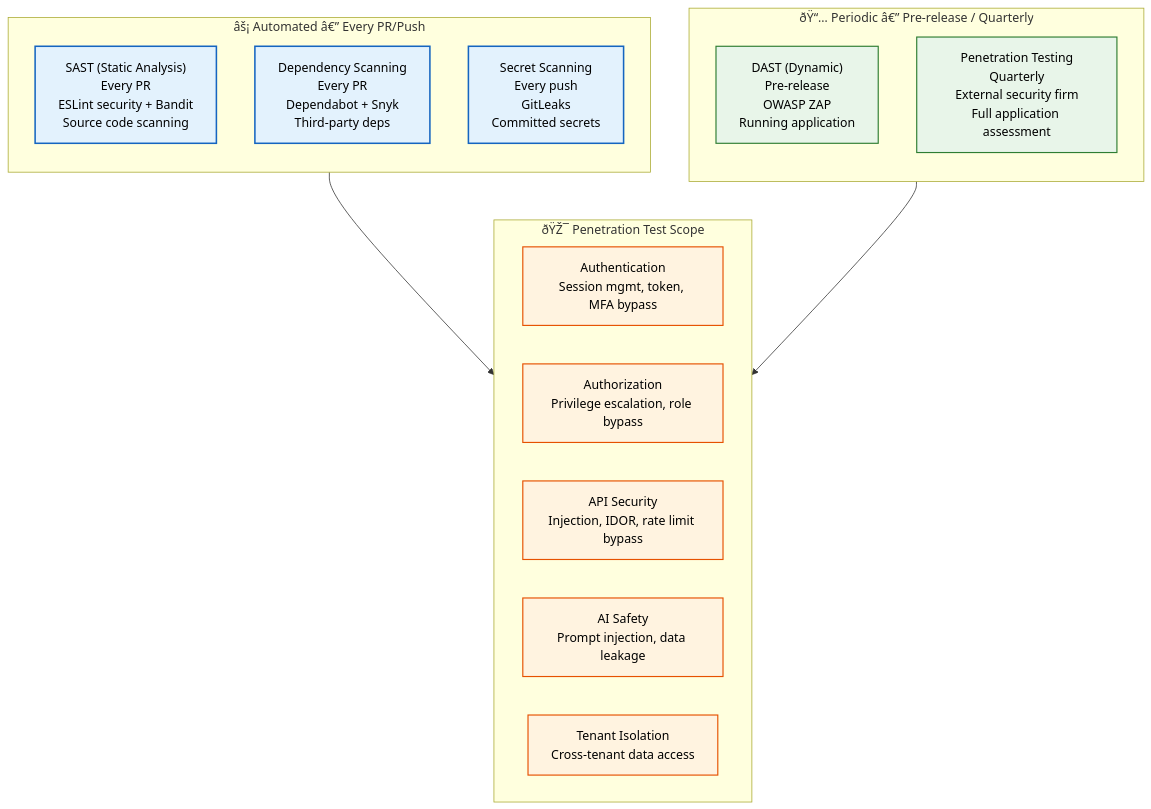
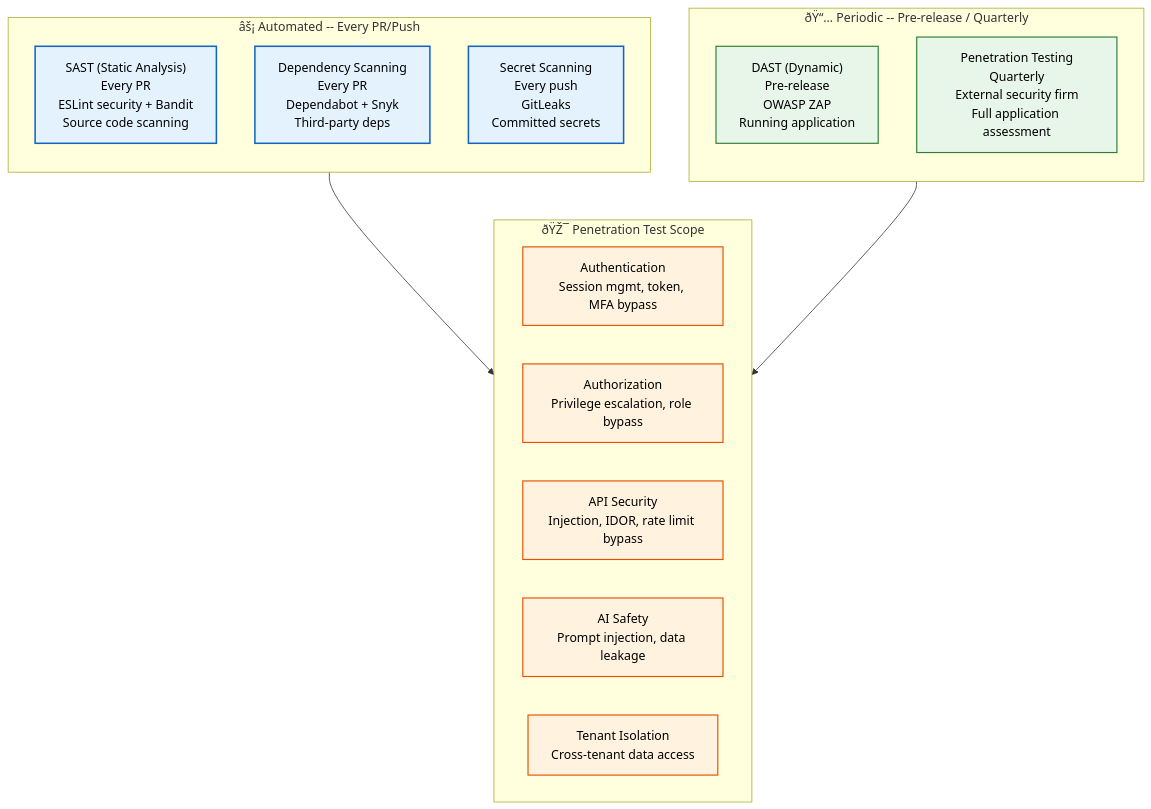
The first of 2 diagrams in Docs/Testing/Security-Testing.md (Driftloom/Vaeloom), drawn with Mermaid before and after one commit. The commit also changed other lines of this file and 11 other files, not shown here.

````diff
--- a/Docs/Testing/Security-Testing.md
+++ b/Docs/Testing/Security-Testing.md
@@ -8,33 +8,33 @@
 ```mermaid
 graph TD
     classDef automated fill:#e3f2fd,stroke:#1565c0,color:#000,stroke-width:2px
     classDef periodic fill:#e8f5e9,stroke:#2e7d32,color:#000,stroke-width:1.5px
     classDef scope fill:#fff3e0,stroke:#e65100,color:#000,stroke-width:1.5px
 
-    subgraph Automated["âš¡ Automated â€” Every PR/Push"]
+    subgraph Automated["âš¡ Automated -- Every PR/Push"]
         direction TB
         A1["SAST (Static Analysis)<br/>Every PR<br/>ESLint security + Bandit<br/>Source code scanning"]
         A2["Dependency Scanning<br/>Every PR<br/>Dependabot + Snyk<br/>Third-party deps"]
         A3["Secret Scanning<br/>Every push<br/>GitLeaks<br/>Committed secrets"]
     end
 
-    subgraph Periodic["ðŸ“… Periodic â€” Pre-release / Quarterly"]
+    subgraph Periodic["ðŸ“… Periodic -- Pre-release / Quarterly"]
         direction TB
         P1["DAST (Dynamic)<br/>Pre-release<br/>OWASP ZAP<br/>Running application"]
         P2["Penetration Testing<br/>Quarterly<br/>External security firm<br/>Full application assessment"]
     end
 
     subgraph Scope["ðŸŽ¯ Penetration Test Scope"]
         S1["Authentication<br/>Session mgmt, token, MFA bypass"]
         S2["Authorization<br/>Privilege escalation, role bypass"]
         S3["API Security<br/>Injection, IDOR, rate limit bypass"]
         S4["AI Safety<br/>Prompt injection, data leakage"]
         S5["Tenant Isolation<br/>Cross-tenant data access"]
     end
 
     Automated & Periodic --> Scope
 
     class A1,A2,A3 automated
     class P1,P2 periodic
     class S1,S2,S3,S4,S5 scope
 ```
````
